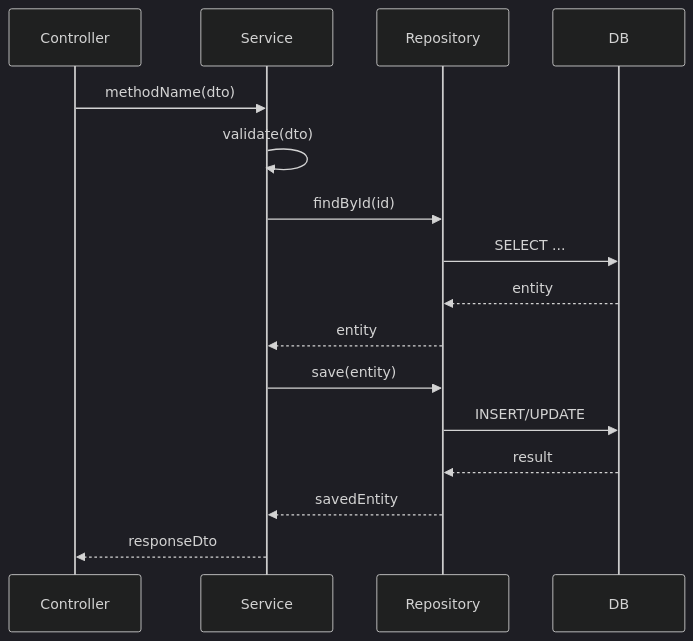
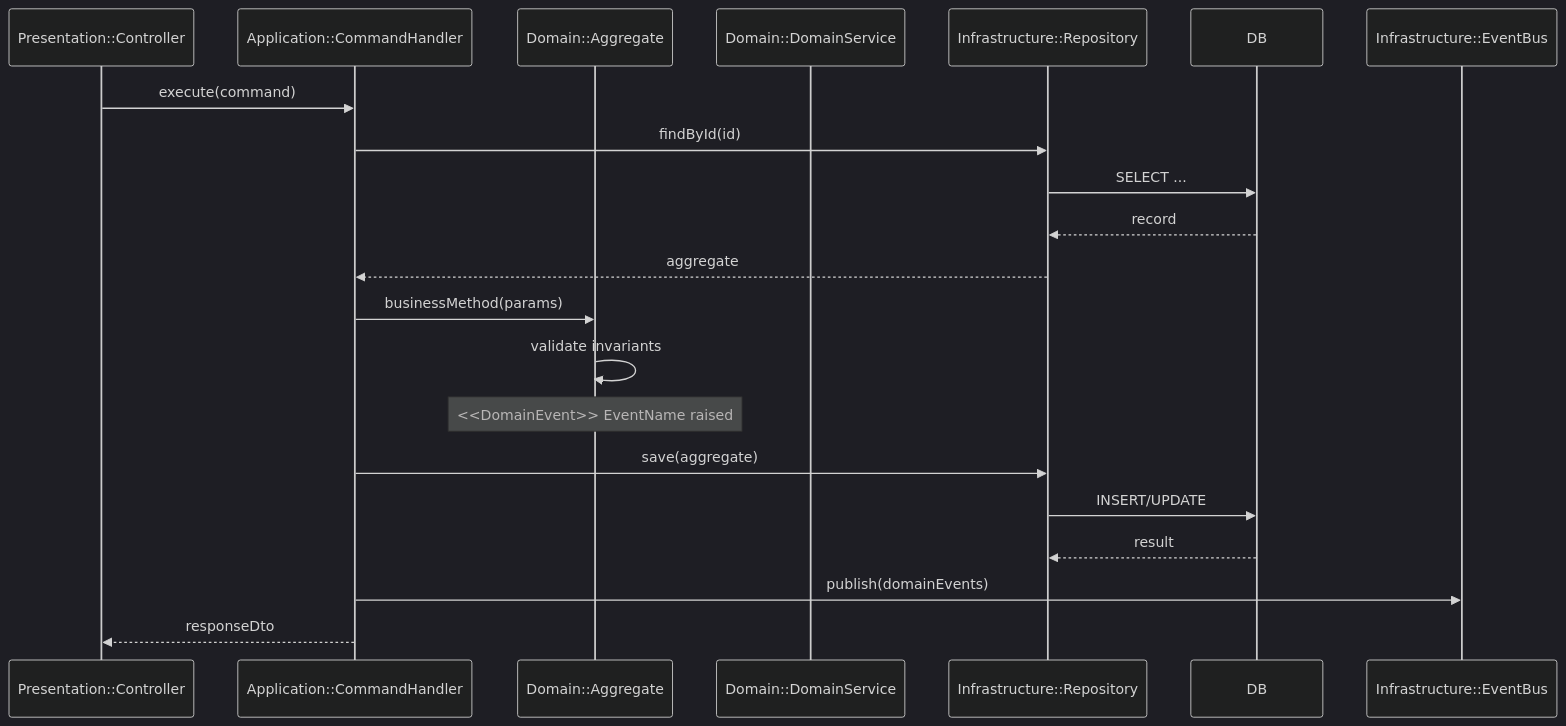
The diagram in skills/detailed-design-doc/references/dsd-001-backend.md (sumikof/Waterfall), drawn with Mermaid (dark theme) before and after one commit. The commit also changed other lines of this file and 15 other files, not shown here.

````diff
--- a/skills/detailed-design-doc/references/dsd-001-backend.md
+++ b/skills/detailed-design-doc/references/dsd-001-backend.md
@@ -72,19 +93,24 @@
 ```mermaid
 sequenceDiagram
-  participant Controller
-  participant Service
-  participant Repository
+  participant Controller as Presentation::Controller
+  participant Handler as Application::CommandHandler
+  participant Domain as Domain::Aggregate
+  participant DomainService as Domain::DomainService
+  participant Repo as Infrastructure::Repository
   participant DB
+  participant EventBus as Infrastructure::EventBus
 
-  Controller->>Service: methodName(dto)
-  Service->>Service: validate(dto)
-  Service->>Repository: findById(id)
-  Repository->>DB: SELECT ...
-  DB-->>Repository: entity
-  Repository-->>Service: entity
-  Service->>Repository: save(entity)
-  Repository->>DB: INSERT/UPDATE
-  DB-->>Repository: result
-  Repository-->>Service: savedEntity
-  Service-->>Controller: responseDto
+  Controller->>Handler: execute(command)
+  Handler->>Repo: findById(id)
+  Repo->>DB: SELECT ...
+  DB-->>Repo: record
+  Repo-->>Handler: aggregate
+  Handler->>Domain: businessMethod(params)
+  Domain->>Domain: validate invariants
+  Note over Domain: <<DomainEvent>> EventName raised
+  Handler->>Repo: save(aggregate)
+  Repo->>DB: INSERT/UPDATE
+  DB-->>Repo: result
+  Handler->>EventBus: publish(domainEvents)
+  Handler-->>Controller: responseDto
 ```
````
